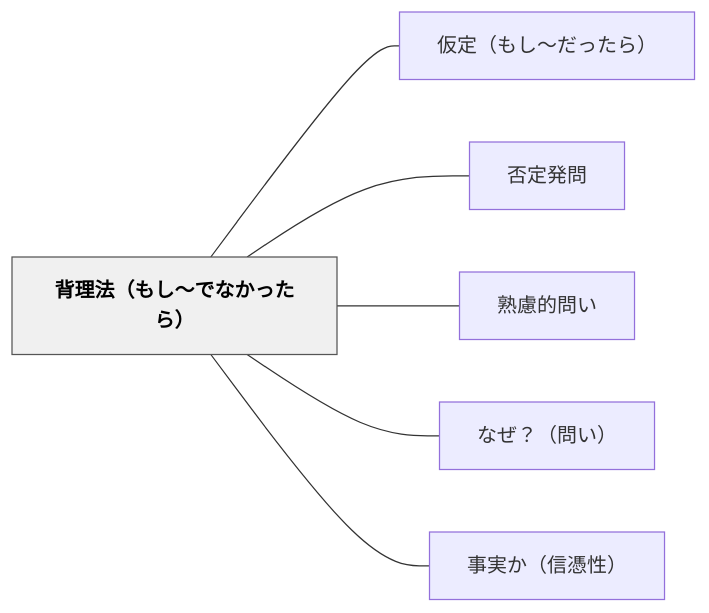
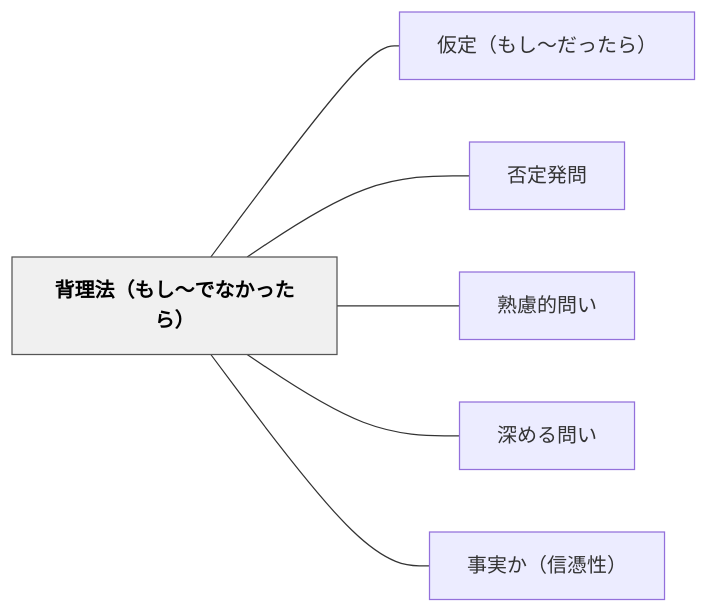
The diagram in content/パタン/背理法（もし〜でなかったら）.md (unknownthings-ed-patterns/unknownthings-ed-patterns), drawn with Mermaid before and after one commit. The commit also changed other lines of this file and 37 other files, not shown here.

````diff
--- a/content/パタン/背理法（もし〜でなかったら）.md
+++ b/content/パタン/背理法（もし〜でなかったら）.md
@@ -42,18 +42,18 @@
 ```mermaid
 flowchart LR
     ne8838ce79086e6b395efbc88e38282e38197e3809ce381a7e381aae3818be381a3e3819fe38289efbc89["背理法（もし〜でなかったら）"]
     ne4bbaee5ae9aefbc88e38282e38197e3809ce381a0e381a3e3819fe38289efbc89["仮定（もし〜だったら）"]
     ne590a6e5ae9ae799bae5958f["否定発問"]
     ne7869fe685aee79a84e5958fe38184["熟慮的問い"]
-    ne381aae3819cefbc9fefbc88e5958fe38184efbc89["なぜ？（問い）"]
+    ne6b7b1e38281e3828be5958fe38184["深める問い"]
     ne4ba8be5ae9fe3818befbc88e4bfa1e68691e680a7efbc89["事実か（信憑性）"]
 
     ne8838ce79086e6b395efbc88e38282e38197e3809ce381a7e381aae3818be381a3e3819fe38289efbc89 --- ne4bbaee5ae9aefbc88e38282e38197e3809ce381a0e381a3e3819fe38289efbc89
     ne8838ce79086e6b395efbc88e38282e38197e3809ce381a7e381aae3818be381a3e3819fe38289efbc89 --- ne590a6e5ae9ae799bae5958f
     ne8838ce79086e6b395efbc88e38282e38197e3809ce381a7e381aae3818be381a3e3819fe38289efbc89 --- ne7869fe685aee79a84e5958fe38184
-    ne8838ce79086e6b395efbc88e38282e38197e3809ce381a7e381aae3818be381a3e3819fe38289efbc89 --- ne381aae3819cefbc9fefbc88e5958fe38184efbc89
+    ne8838ce79086e6b395efbc88e38282e38197e3809ce381a7e381aae3818be381a3e3819fe38289efbc89 --- ne6b7b1e38281e3828be5958fe38184
     ne8838ce79086e6b395efbc88e38282e38197e3809ce381a7e381aae3818be381a3e3819fe38289efbc89 --- ne4ba8be5ae9fe3818befbc88e4bfa1e68691e680a7efbc89
 
     classDef hub fill:#f0f0f0,stroke:#555,color:#000,font-weight:bold
     class ne8838ce79086e6b395efbc88e38282e38197e3809ce381a7e381aae3818be381a3e3819fe38289efbc89 hub
 ```
````
